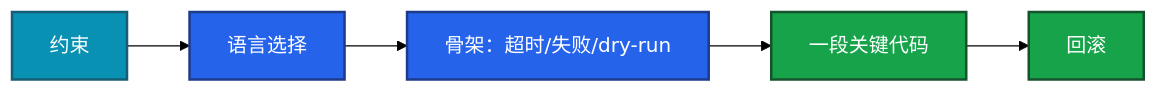
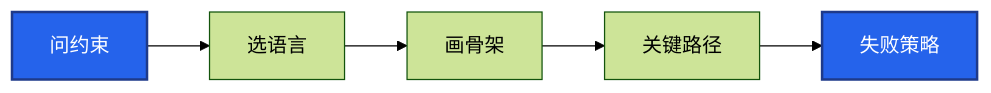
The diagram in 06-开发能力/04-运维开发实战题/知识点.md (ml-cuizijun/LearnToLilith), drawn with Mermaid (forest theme) before and after one commit. The commit also changed other lines of this file and 213 other files, not shown here.

````diff
--- a/06-开发能力/04-运维开发实战题/知识点.md
+++ b/06-开发能力/04-运维开发实战题/知识点.md
@@ -123,14 +46,6 @@
 ```mermaid
 flowchart LR
-    A[约束] --> B[语言选择]
-    B --> C[骨架：超时/失败/dry-run]
-    C --> D[一段关键代码]
-    D --> E[回滚]
-
-    classDef a fill:#0891B2,stroke:#155E75,stroke-width:2px,color:#fff
-    classDef b fill:#2563EB,stroke:#1E3A8A,stroke-width:2px,color:#fff
-    classDef c fill:#16A34A,stroke:#14532D,stroke-width:2px,color:#fff
-    class A a
-    class B,C b
-    class D,E c
+    A[问约束] --> B[选语言] --> C[画骨架] --> D[关键路径] --> E[失败策略]
+    classDef core fill:#2563EB,stroke:#1E3A8A,stroke-width:2px,color:#fff
+    class A,E core
 ```
````
